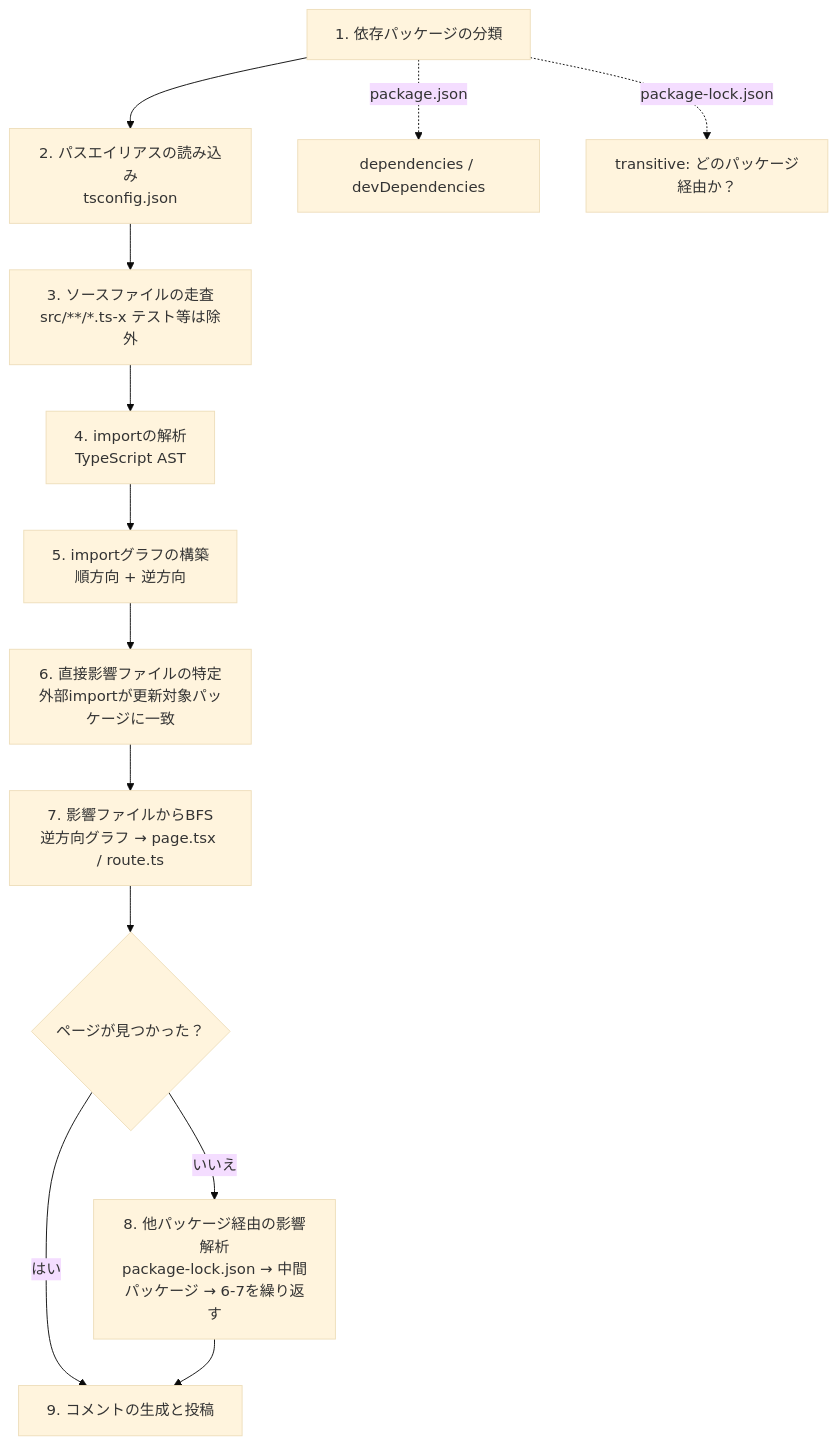
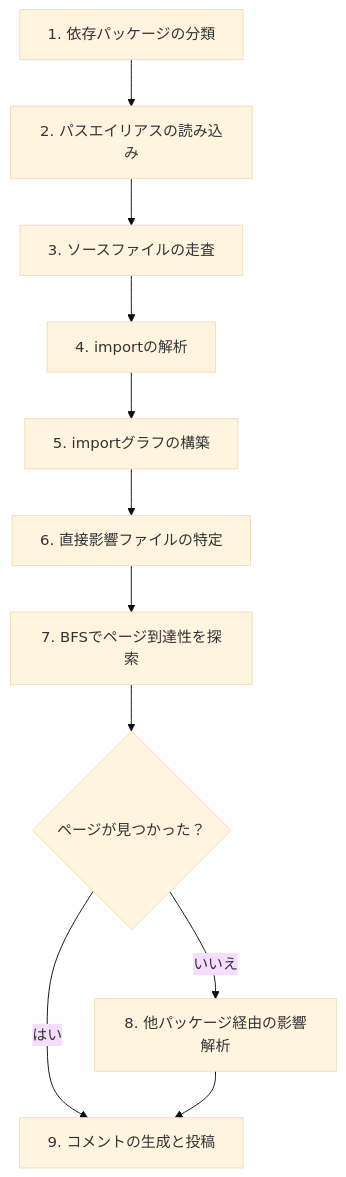
The second of 4 diagrams in docs/design.ja.md (nokki-y/dependabot-insight), drawn with Mermaid (base theme) before and after one commit. The commit also changed other lines of this file and 3 other files, not shown here.

First line of the commit message:
Simplify all Mermaid diagrams: short labels + detail tables

````diff
--- a/docs/design.ja.md
+++ b/docs/design.ja.md
@@ -86,16 +86,13 @@
 ```mermaid
 flowchart TD
-    S1[1. 依存パッケージの分類] --> S2[2. パスエイリアスの読み込み<br>tsconfig.json]
-    S2 --> S3[3. ソースファイルの走査<br>src/**/*.ts-x テスト等は除外]
-    S3 --> S4[4. importの解析<br>TypeScript AST]
-    S4 --> S5[5. importグラフの構築<br>順方向 + 逆方向]
-    S5 --> S6[6. 直接影響ファイルの特定<br>外部importが更新対象パッケージに一致]
-    S6 --> S7[7. 影響ファイルからBFS<br>逆方向グラフ → page.tsx / route.ts]
+    S1[1. 依存パッケージの分類] --> S2[2. パスエイリアスの読み込み]
+    S2 --> S3[3. ソースファイルの走査]
+    S3 --> S4[4. importの解析]
+    S4 --> S5[5. importグラフの構築]
+    S5 --> S6[6. 直接影響ファイルの特定]
+    S6 --> S7[7. BFSでページ到達性を探索]
     S7 --> CHECK{ページが見つかった？}
     CHECK -->|はい| S9[9. コメントの生成と投稿]
-    CHECK -->|いいえ| S8[8. 他パッケージ経由の影響解析<br>package-lock.json → 中間パッケージ → 6-7を繰り返す]
+    CHECK -->|いいえ| S8[8. 他パッケージ経由の影響解析]
     S8 --> S9
-
-    S1 -.->|package.json| S1A[dependencies / devDependencies]
-    S1 -.->|package-lock.json| S1B[transitive: どのパッケージ経由か？]
 ```
````
